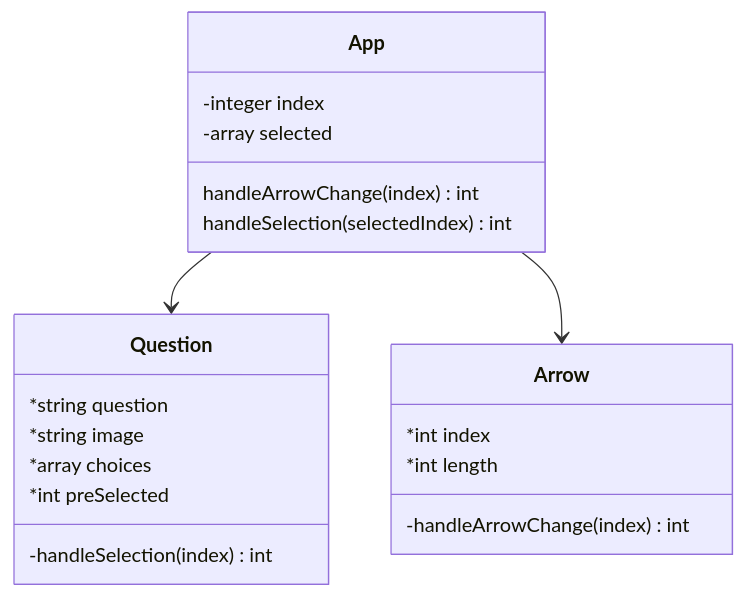
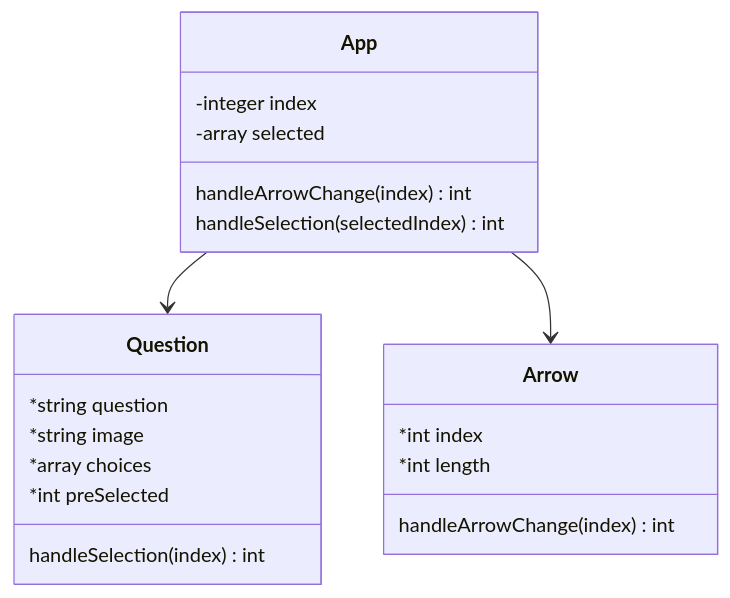
Before and after one commit to vijaygenius123/react_questions: the diagram in README.md, drawn with Mermaid.

````diff
--- a/README.md
+++ b/README.md
@@ -6,28 +6,28 @@
 ```mermaid
 classDiagram
 
 App -->Question
 App -->Arrow
 
 class App{
     -integer index
     -array selected
     handleArrowChange(index) int
     handleSelection(selectedIndex) int
 }
 
 class Question{
     *string question
     *string image
     *array choices
     *int preSelected
-    -handleSelection(index) int
+    handleSelection(index) int
 }
 
 class Arrow{
     *int index
     *int length
-    -handleArrowChange(index) int
+    handleArrowChange(index) int
 }
 
 ```
````
